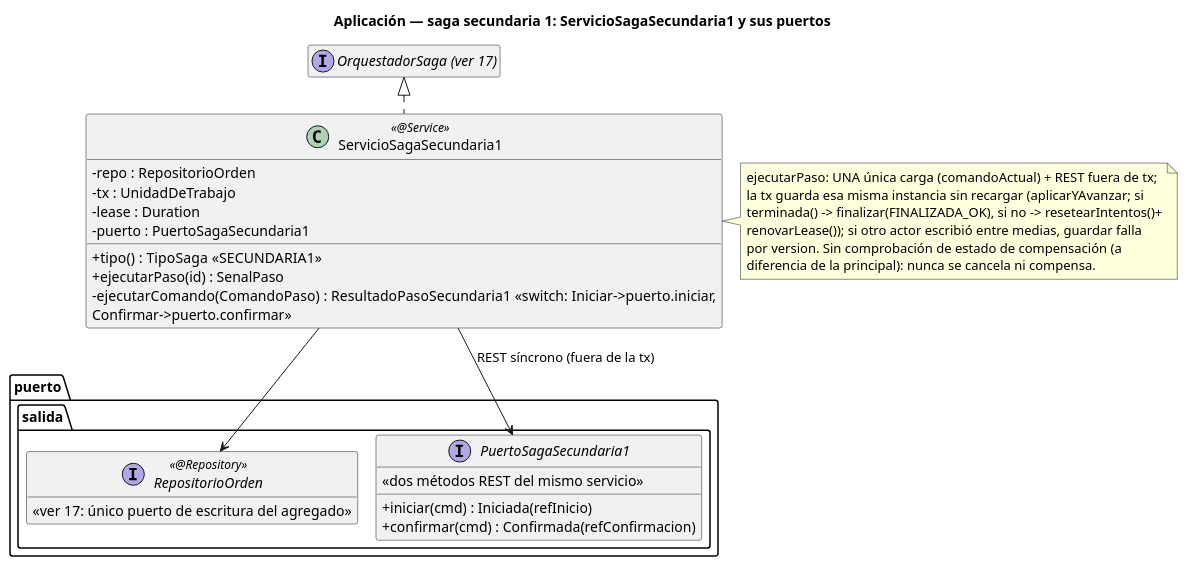
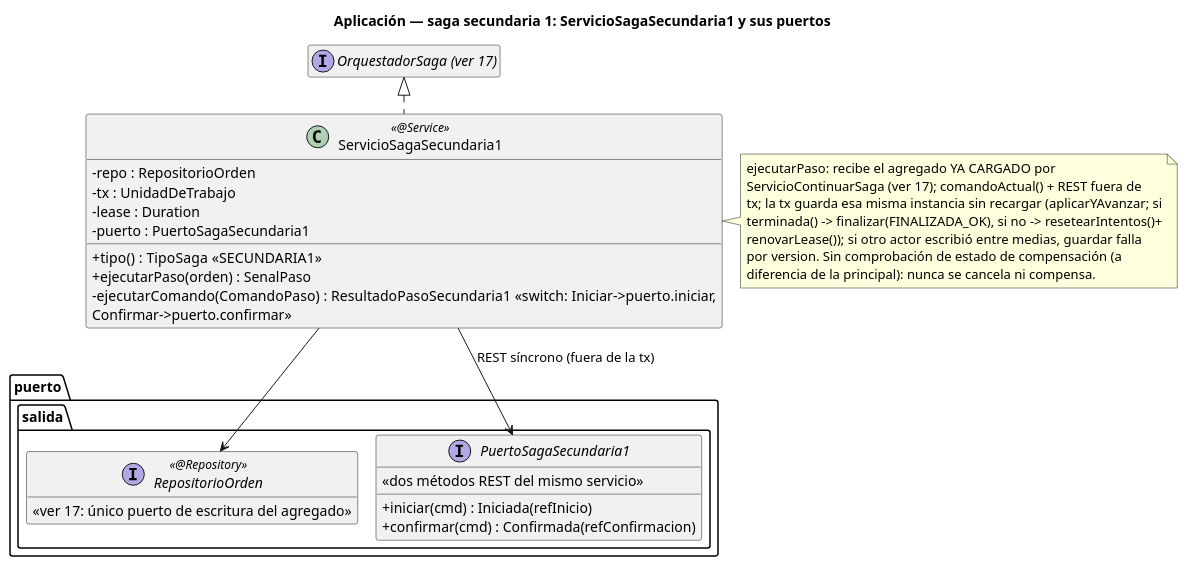
One commit to ralcazar/patrones changed the diagram in order-manager/docs/19-clases-aplicacion-saga-secundaria1.puml. Above: the diagram before and after it, drawn with PlantUML. The commit also changed 36 other files, not shown here.

```diff
--- a/order-manager/docs/19-clases-aplicacion-saga-secundaria1.puml
+++ b/order-manager/docs/19-clases-aplicacion-saga-secundaria1.puml
@@ -1,41 +1,42 @@
 @startuml 19-clases-aplicacion-saga-secundaria1
 title Aplicación — saga secundaria 1: ServicioSagaSecundaria1 y sus puertos
 !pragma layout smetana
 hide empty members
 skinparam classAttributeIconSize 0
 
 interface "OrquestadorSaga (ver 17)" as Base
 
 class ServicioSagaSecundaria1 <<@Service>> {
   -repo : RepositorioOrden
   -tx : UnidadDeTrabajo
   -lease : Duration
   -puerto : PuertoSagaSecundaria1
   +tipo() : TipoSaga  «SECUNDARIA1»
-  +ejecutarPaso(id) : SenalPaso
+  +ejecutarPaso(orden) : SenalPaso
   -ejecutarComando(ComandoPaso) : ResultadoPasoSecundaria1  «switch: Iniciar->puerto.iniciar,\nConfirmar->puerto.confirmar»
 }
 note right of ServicioSagaSecundaria1
-  ejecutarPaso: UNA única carga (comandoActual) + REST fuera de tx;
-  la tx guarda esa misma instancia sin recargar (aplicarYAvanzar; si
+  ejecutarPaso: recibe el agregado YA CARGADO por
+  ServicioContinuarSaga (ver 17); comandoActual() + REST fuera de
+  tx; la tx guarda esa misma instancia sin recargar (aplicarYAvanzar; si
   terminada() -> finalizar(FINALIZADA_OK), si no -> resetearIntentos()+
   renovarLease()); si otro actor escribió entre medias, guardar falla
   por version. Sin comprobación de estado de compensación (a
   diferencia de la principal): nunca se cancela ni compensa.
 end note
 
 package "puerto.salida" {
   interface RepositorioOrden <<@Repository>> {
     «ver 17: único puerto de escritura del agregado»
   }
   interface PuertoSagaSecundaria1 {
     +iniciar(cmd) : Iniciada(refInicio)
     +confirmar(cmd) : Confirmada(refConfirmacion)
     «dos métodos REST del mismo servicio»
   }
 }
 
 Base <|.. ServicioSagaSecundaria1
 ServicioSagaSecundaria1 --> RepositorioOrden
 ServicioSagaSecundaria1 --> PuertoSagaSecundaria1 : REST síncrono (fuera de la tx)
 @enduml
```
